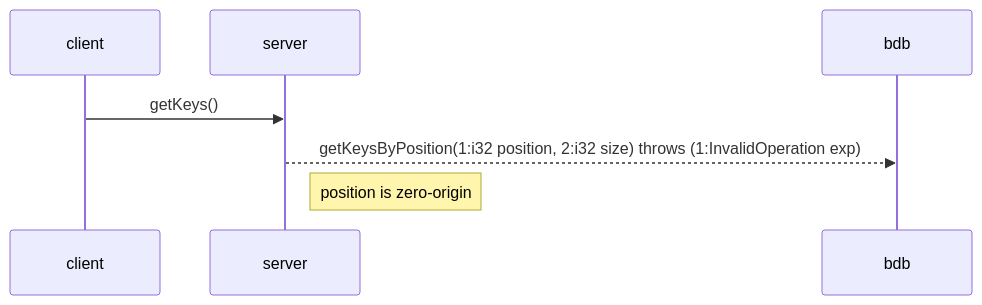
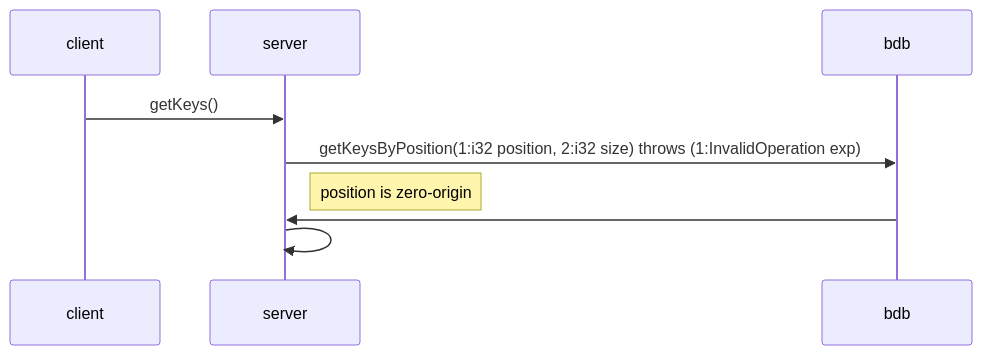
The diagram in THBDB/THBDB Client.md (kozkoz211/StackEdit), drawn with Mermaid before and after one commit. The commit also changed other lines of this file, not shown here.

Commit message:
THBDB/THBDB Client.md updated from https://stackedit.io/

````diff
--- a/THBDB/THBDB Client.md
+++ b/THBDB/THBDB Client.md
@@ -11,9 +11,12 @@
 ```mermaid
 sequenceDiagram
 client ->> server: getKeys()
-server-->> bdb: getKeysByPosition(1:i32 position, 2:i32  size) throws (1:InvalidOperation exp)
+server ->> bdb: getKeysByPosition(1:i32 position, 2:i32  size) throws (1:InvalidOperation exp)
 
 Note right of server: position is zero-origin
+bdb ->> server: 
+server ->> server: 
+
 
 
 ```
````
